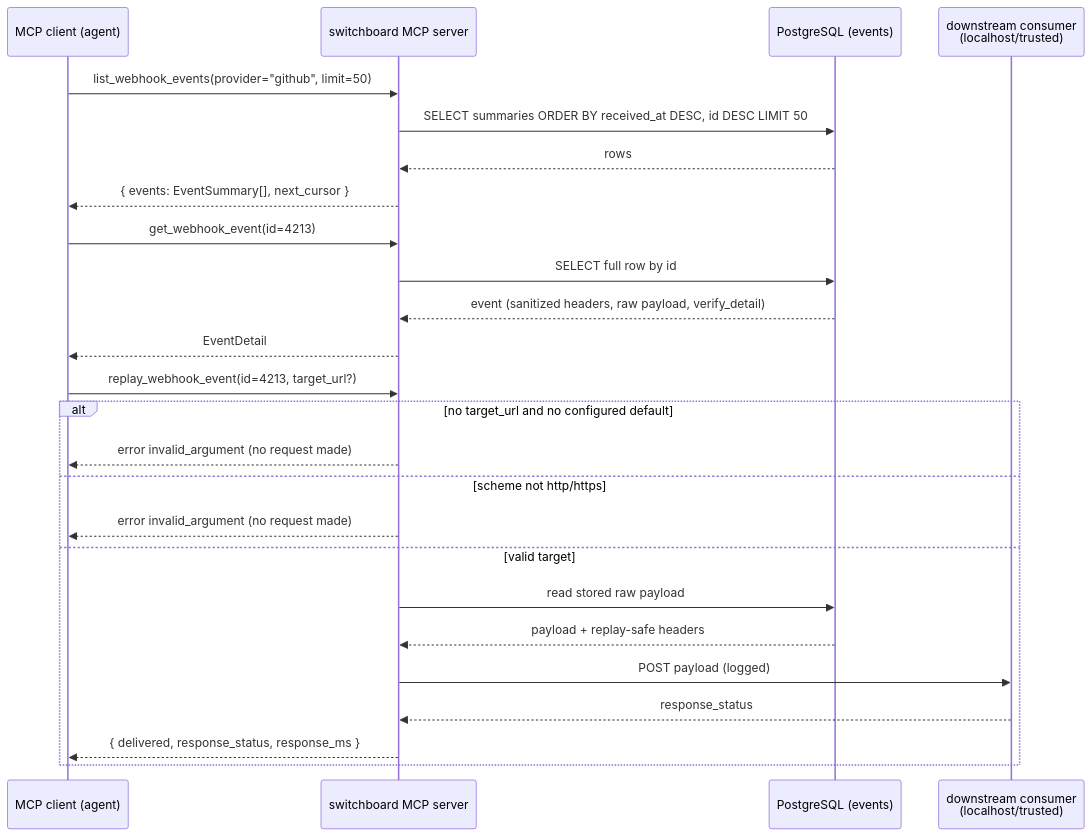
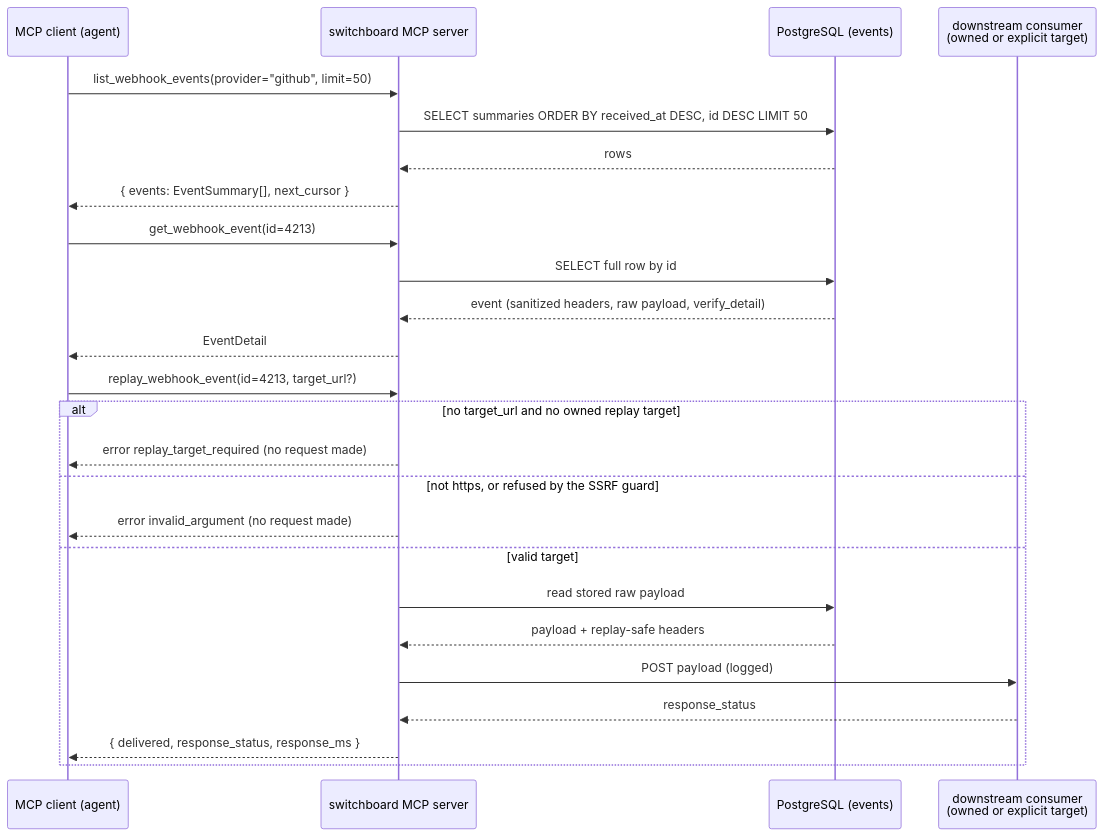
The diagram in docs/openspec/specs/mcp-tools/design.md (stump-wtf/switchboard), drawn with Mermaid before and after one commit. The commit also changed other lines of this file and 1 other file, not shown here.

First line of the commit message:
docs(spec): retire the configured replay default in SPEC-0005 design

````diff
--- a/docs/openspec/specs/mcp-tools/design.md
+++ b/docs/openspec/specs/mcp-tools/design.md
@@ -104,30 +112,30 @@
 ```mermaid
 sequenceDiagram
     participant Agent as MCP client (agent)
     participant MCP as switchboard MCP server
     participant DB as PostgreSQL (events)
-    participant Down as downstream consumer<br/>(localhost/trusted)
+    participant Down as downstream consumer<br/>(owned or explicit target)
 
     Agent->>MCP: list_webhook_events(provider="github", limit=50)
     MCP->>DB: SELECT summaries ORDER BY received_at DESC, id DESC LIMIT 50
     DB-->>MCP: rows
     MCP-->>Agent: { events: EventSummary[], next_cursor }
 
     Agent->>MCP: get_webhook_event(id=4213)
     MCP->>DB: SELECT full row by id
     DB-->>MCP: event (sanitized headers, raw payload, verify_detail)
     MCP-->>Agent: EventDetail
 
     Agent->>MCP: replay_webhook_event(id=4213, target_url?)
-    alt no target_url and no configured default
-        MCP-->>Agent: error invalid_argument (no request made)
-    else scheme not http/https
+    alt no target_url and no owned replay target
+        MCP-->>Agent: error replay_target_required (no request made)
+    else not https, or refused by the SSRF guard
         MCP-->>Agent: error invalid_argument (no request made)
     else valid target
         MCP->>DB: read stored raw payload
         DB-->>MCP: payload + replay-safe headers
         MCP->>Down: POST payload (logged)
         Down-->>MCP: response_status
         MCP-->>Agent: { delivered, response_status, response_ms }
     end
 ```
````
